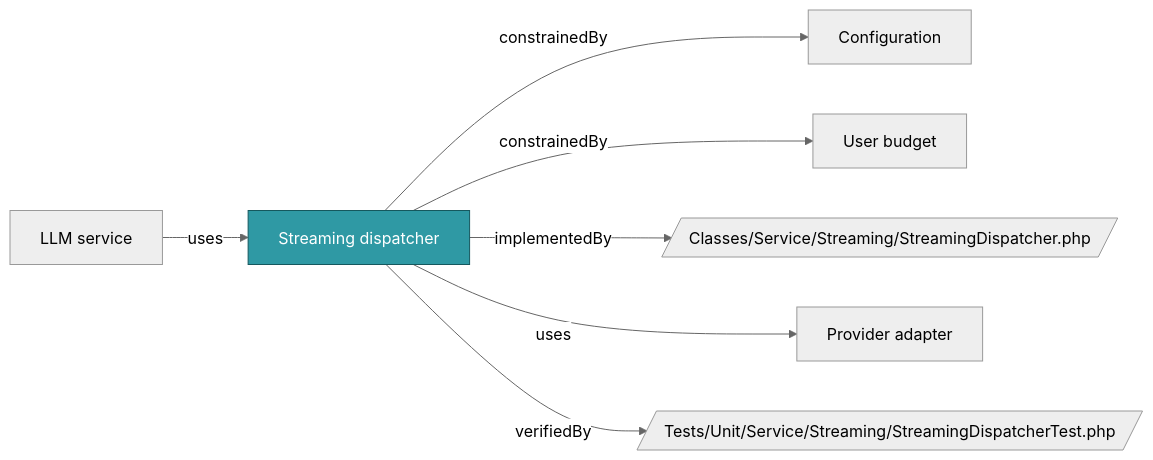
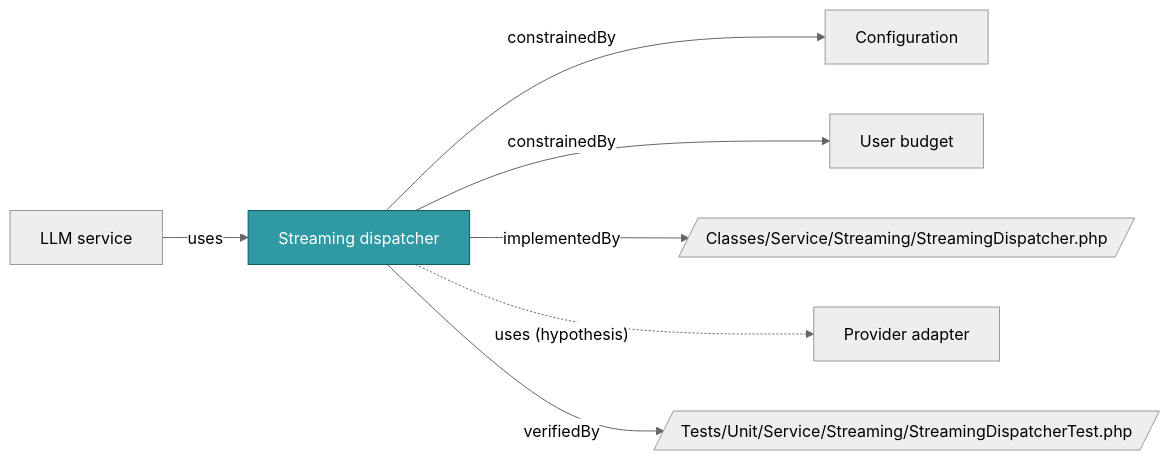
One commit to netresearch/t3x-nr-llm changed the diagram in docs/ontology/concepts/streaming-dispatcher.md. Above: the diagram before and after it, drawn with Mermaid (neutral theme). The commit also changed other lines of this file and 6 other files, not shown here.

````diff
--- a/docs/ontology/concepts/streaming-dispatcher.md
+++ b/docs/ontology/concepts/streaming-dispatcher.md
@@ -19,18 +19,18 @@
 ```mermaid
 flowchart LR
   c["Streaming dispatcher"]
   n1["Configuration"]
   n2["User budget"]
   n3[/"Classes/Service/Streaming/StreamingDispatcher.php"/]
   n4["Provider adapter"]
   n5[/"Tests/Unit/Service/Streaming/StreamingDispatcherTest.php"/]
   n6["LLM service"]
   c -->|"constrainedBy"| n1
   c -->|"constrainedBy"| n2
   c -->|"implementedBy"| n3
-  c -->|"uses"| n4
+  c -.->|"uses (hypothesis)"| n4
   c -->|"verifiedBy"| n5
   n6 -->|"uses"| c
   classDef focus fill:#2F99A4,stroke:#15585E,color:#ffffff
   class c focus
 ```
````
